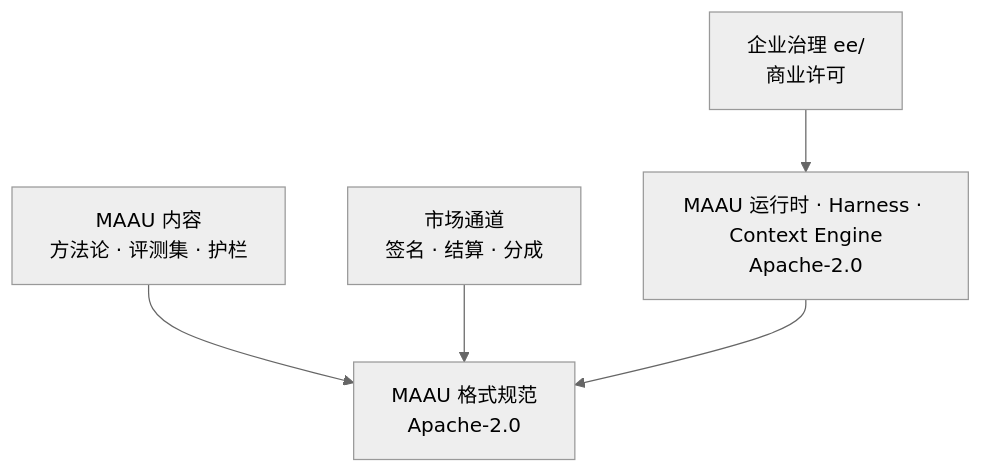
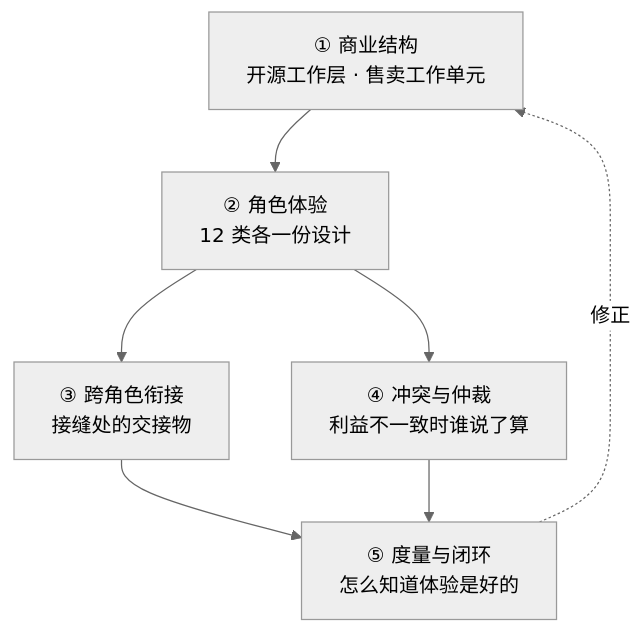
The first of 2 diagrams in docs/research/open-source-business-model.md (boardx/workspacex), drawn with Mermaid (neutral theme) before and after one commit. The commit also changed other lines of this file and 3 other files, not shown here.

````diff
--- a/docs/research/open-source-business-model.md
+++ b/docs/research/open-source-business-model.md
@@ -108,12 +86,13 @@
 ```mermaid
 flowchart TD
-    RT["MAAU 运行时 · Harness · Context Engine<br/>Apache-2.0"]
-    FMT["MAAU 格式规范<br/>Apache-2.0"]
-    CNT["MAAU 内容<br/>方法论 · 评测集 · 护栏"]
-    GOV["企业治理 ee/<br/>商业许可"]
-    MKT["市场通道<br/>签名 · 结算 · 分成"]
-    CNT --> FMT
-    GOV --> RT
-    MKT --> FMT
-    RT --> FMT
+    A["① 商业结构<br/>开源工作层 · 售卖工作单元"]
+    B["② 角色体验<br/>12 类各一份设计"]
+    C["③ 跨角色衔接<br/>接缝处的交接物"]
+    D["④ 冲突与仲裁<br/>利益不一致时谁说了算"]
+    E["⑤ 度量与闭环<br/>怎么知道体验是好的"]
+    A --> B --> C
+    B --> D
+    C --> E
+    D --> E
+    E -.修正.-> A
 ```
````
